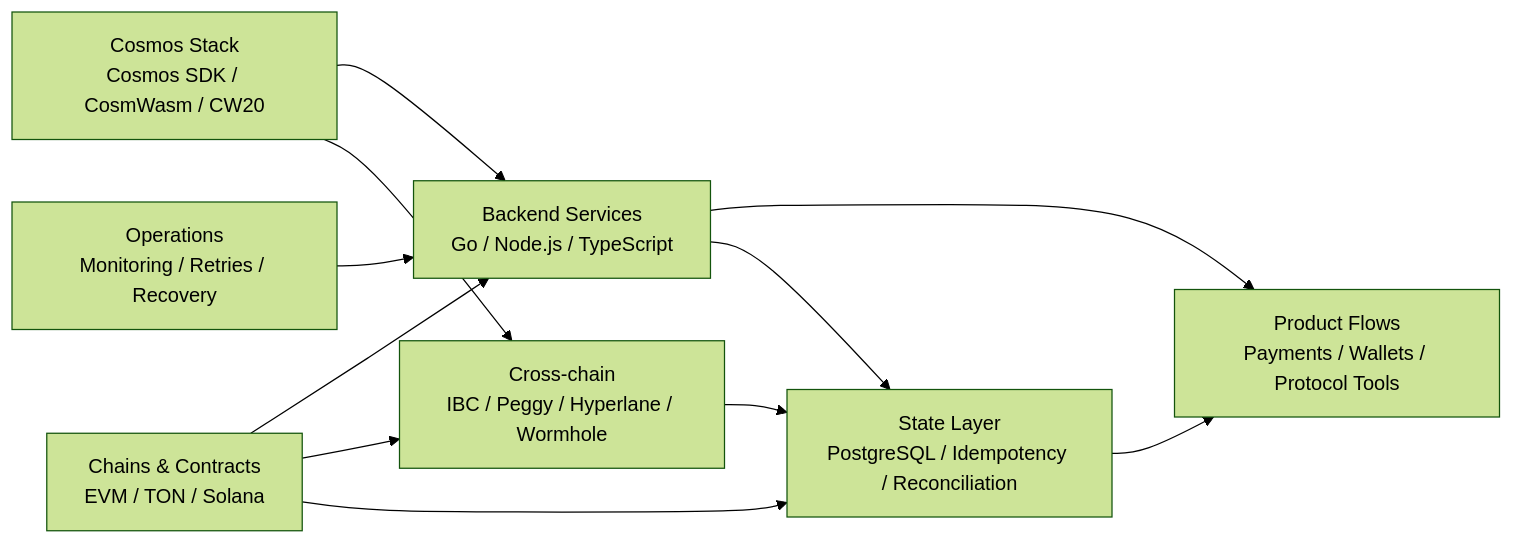
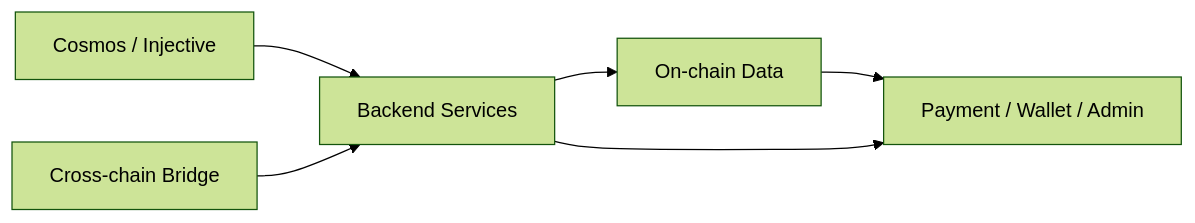
One commit to CornersOfTheCity/CornersOfTheCity changed the diagram in README.md. Above: the diagram before and after it, drawn with Mermaid (forest theme). The commit also changed other lines of this file, not shown here.

````diff
--- a/README.md
+++ b/README.md
@@ -152,21 +50,14 @@
 ```mermaid
 flowchart LR
-  Backend["Backend Services<br/>Go / Node.js / TypeScript"]
-  State["State Layer<br/>PostgreSQL / Idempotency / Reconciliation"]
-  Cosmos["Cosmos Stack<br/>Cosmos SDK / CosmWasm / CW20"]
-  Chains["Chains & Contracts<br/>EVM / TON / Solana"]
-  Bridge["Cross-chain<br/>IBC / Peggy / Hyperlane / Wormhole"]
-  Products["Product Flows<br/>Payments / Wallets / Protocol Tools"]
-  Ops["Operations<br/>Monitoring / Retries / Recovery"]
+  Backend["Backend Services"]
+  Cosmos["Cosmos / Injective"]
+  Bridge["Cross-chain Bridge"]
+  Data["On-chain Data"]
+  Product["Payment / Wallet / Admin"]
 
-  Backend --> Products
-  Backend --> State
   Cosmos --> Backend
-  Cosmos --> Bridge
-  Chains --> Backend
-  Chains --> Bridge
-  Chains --> State
-  Bridge --> State
-  State --> Products
-  Ops --> Backend
+  Bridge --> Backend
+  Backend --> Data
+  Data --> Product
+  Backend --> Product
 ```
````
